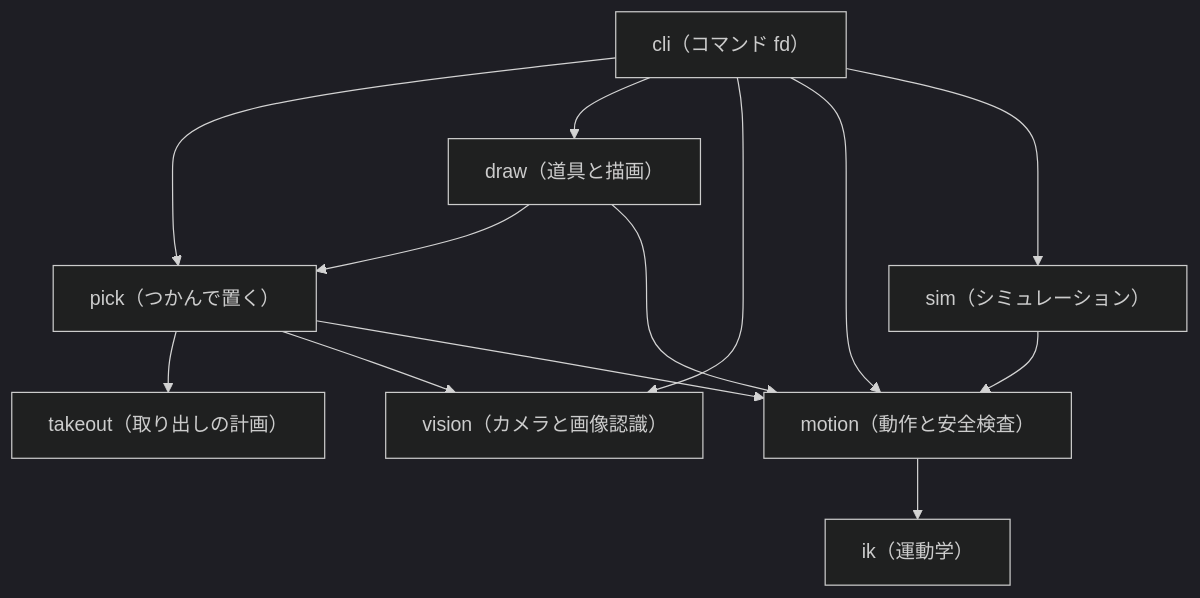
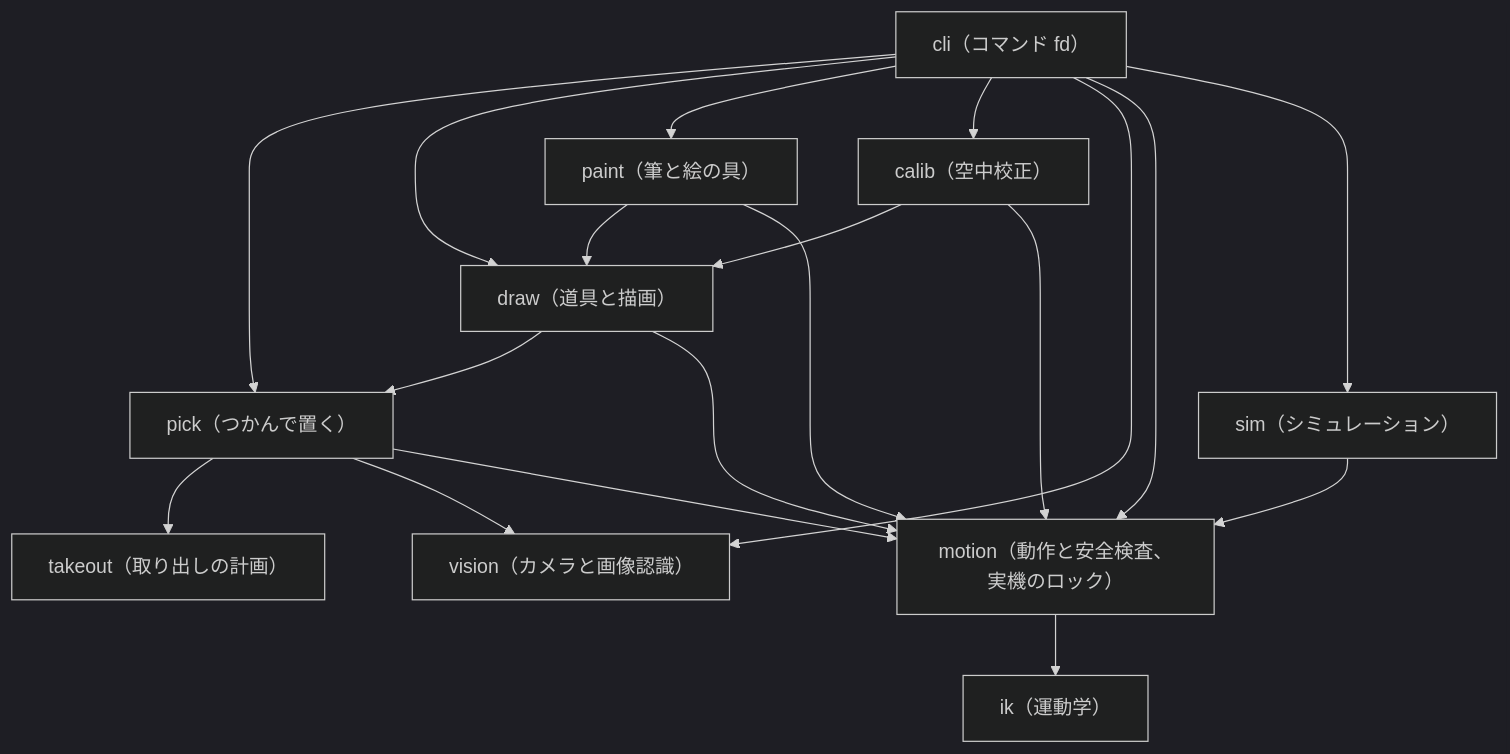
One commit to FaBoAI/Tazuna changed the diagram in tools/README.md. Above: the diagram before and after it, drawn with Mermaid (dark theme). The commit also changed other lines of this file and 44 other files, not shown here.

````diff
--- a/tools/README.md
+++ b/tools/README.md
@@ -21,23 +22,31 @@
 ```mermaid
 flowchart TD
     cli["cli（コマンド fd）"]
     pick["pick（つかんで置く）"]
     takeout["takeout（取り出しの計画）"]
     draw["draw（道具と描画）"]
+    paint["paint（筆と絵の具）"]
+    calib["calib（空中校正）"]
     vision["vision（カメラと画像認識）"]
-    motion["motion（動作と安全検査）"]
+    motion["motion（動作と安全検査、実機のロック）"]
     ik["ik（運動学）"]
     sim["sim（シミュレーション）"]
     cli --> pick
     cli --> draw
+    cli --> paint
+    cli --> calib
     cli --> vision
     cli --> motion
     cli --> sim
     pick --> takeout
     pick --> vision
     pick --> motion
     draw --> pick
     draw --> motion
+    paint --> draw
+    paint --> motion
+    calib --> draw
+    calib --> motion
     motion --> ik
     sim --> motion
 ```
````
